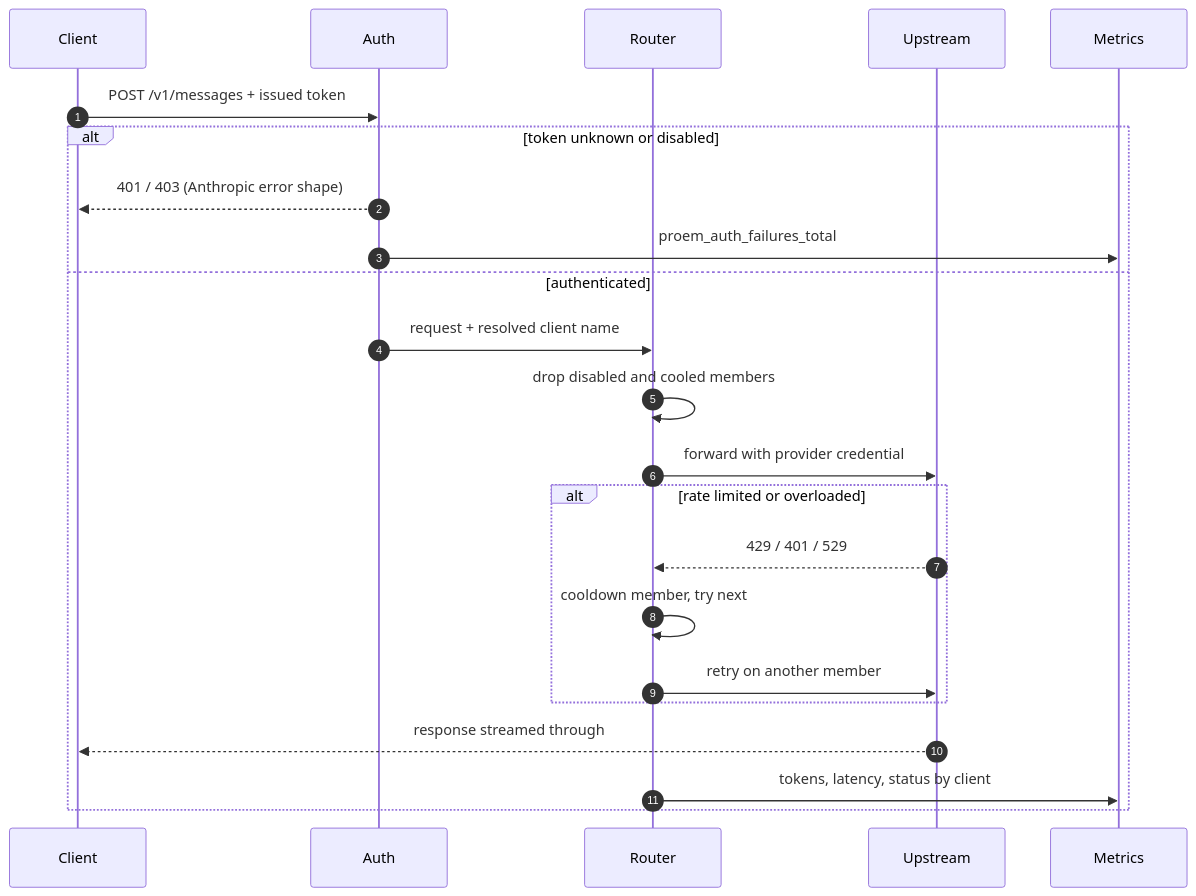
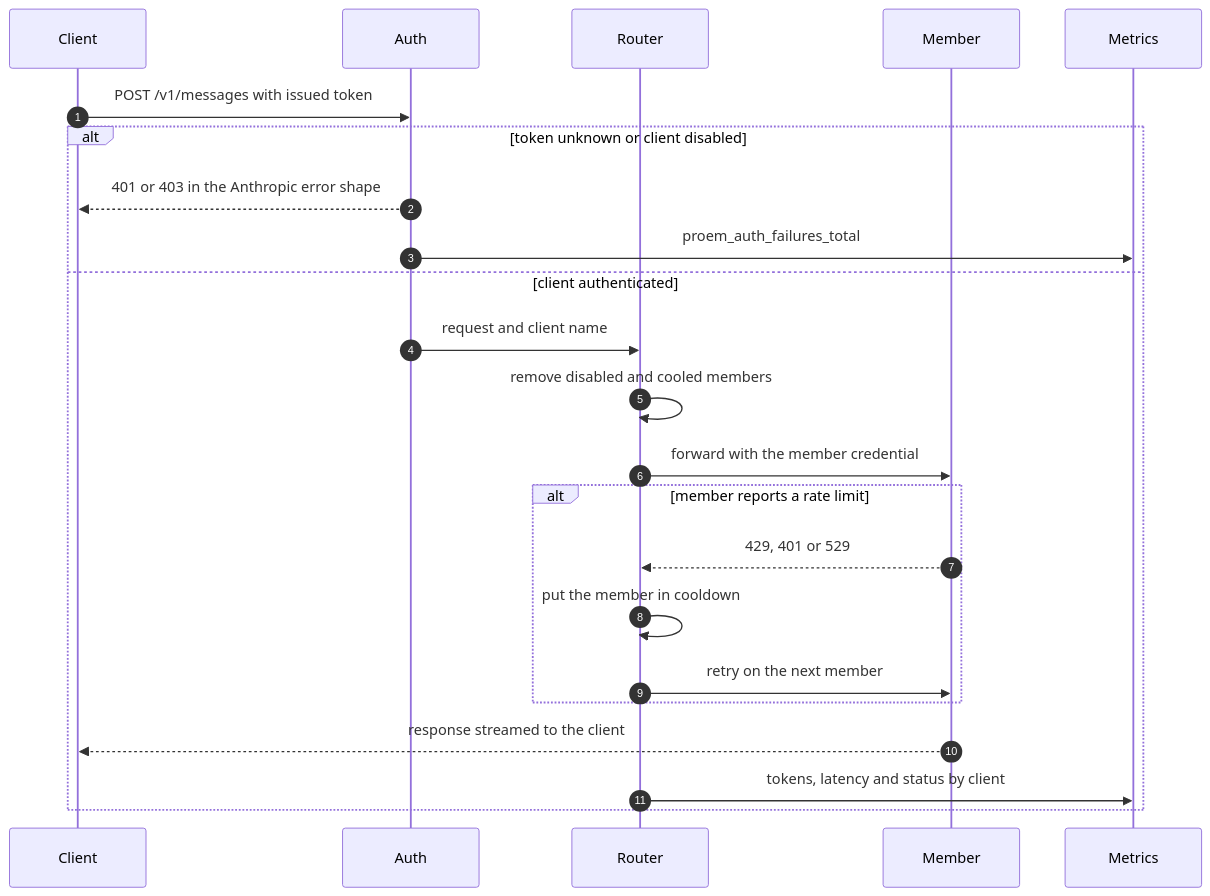
Before and after one commit to barockok/proem: the first of 2 diagrams in docs/site/_content/start/how-it-works.md, drawn with Mermaid. The commit also changed other lines of this file and 11 other files, not shown here.

````diff
--- a/docs/site/_content/start/how-it-works.md
+++ b/docs/site/_content/start/how-it-works.md
@@ -22,26 +21,26 @@
 ```mermaid
 sequenceDiagram
   autonumber
   participant C as Client
   participant A as Auth
   participant R as Router
-  participant U as Upstream
+  participant U as Member
   participant M as Metrics
 
-  C->>A: POST /v1/messages + issued token
-  alt token unknown or disabled
-    A-->>C: 401 / 403 (Anthropic error shape)
+  C->>A: POST /v1/messages with issued token
+  alt token unknown or client disabled
+    A-->>C: 401 or 403 in the Anthropic error shape
     A->>M: proem_auth_failures_total
-  else authenticated
-    A->>R: request + resolved client name
-    R->>R: drop disabled and cooled members
-    R->>U: forward with provider credential
-    alt rate limited or overloaded
-      U-->>R: 429 / 401 / 529
-      R->>R: cooldown member, try next
-      R->>U: retry on another member
+  else client authenticated
+    A->>R: request and client name
+    R->>R: remove disabled and cooled members
+    R->>U: forward with the member credential
+    alt member reports a rate limit
+      U-->>R: 429, 401 or 529
+      R->>R: put the member in cooldown
+      R->>U: retry on the next member
     end
-    U-->>C: response streamed through
-    R->>M: tokens, latency, status by client
+    U-->>C: response streamed to the client
+    R->>M: tokens, latency and status by client
   end
 ```
````
